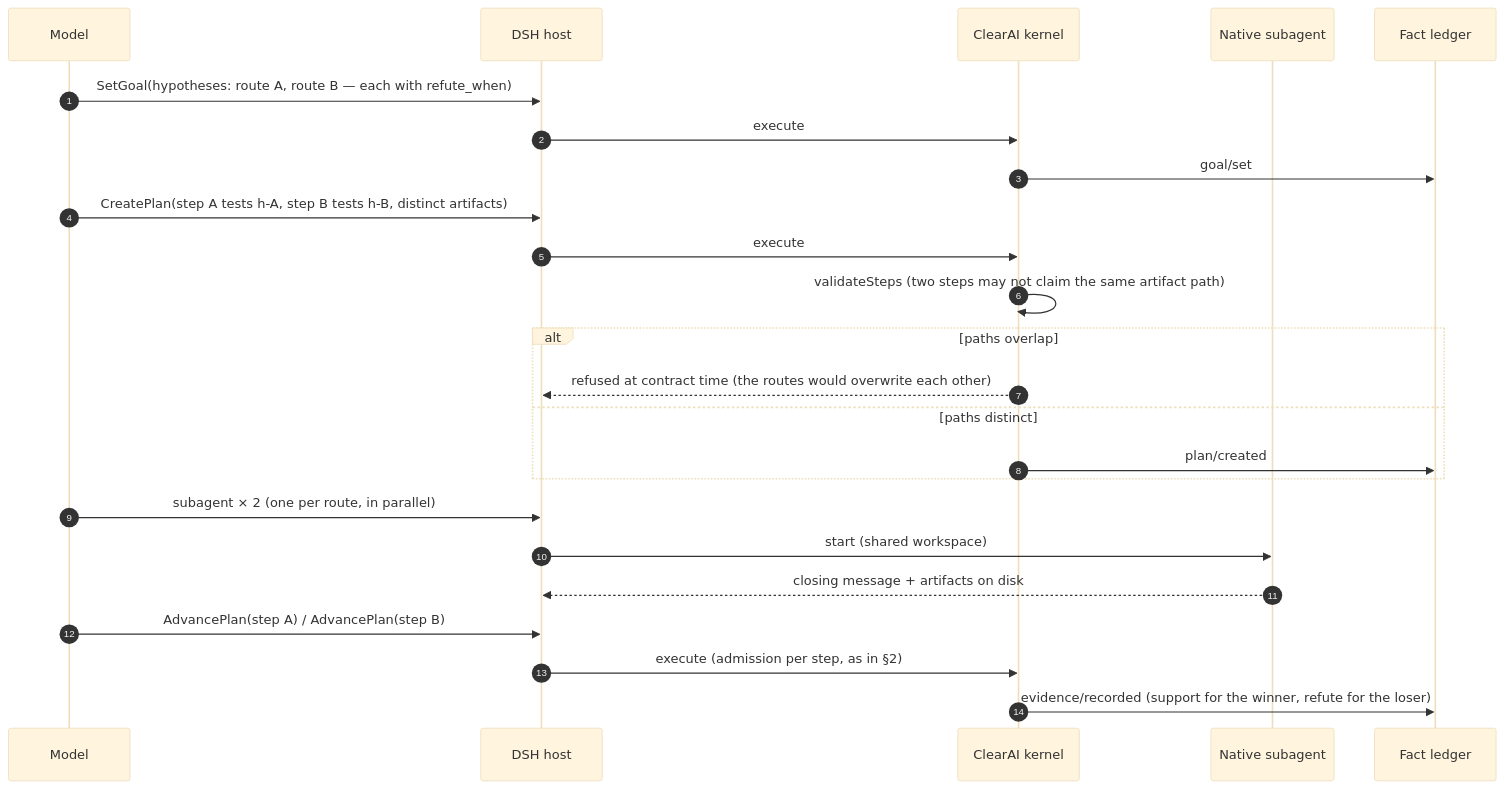
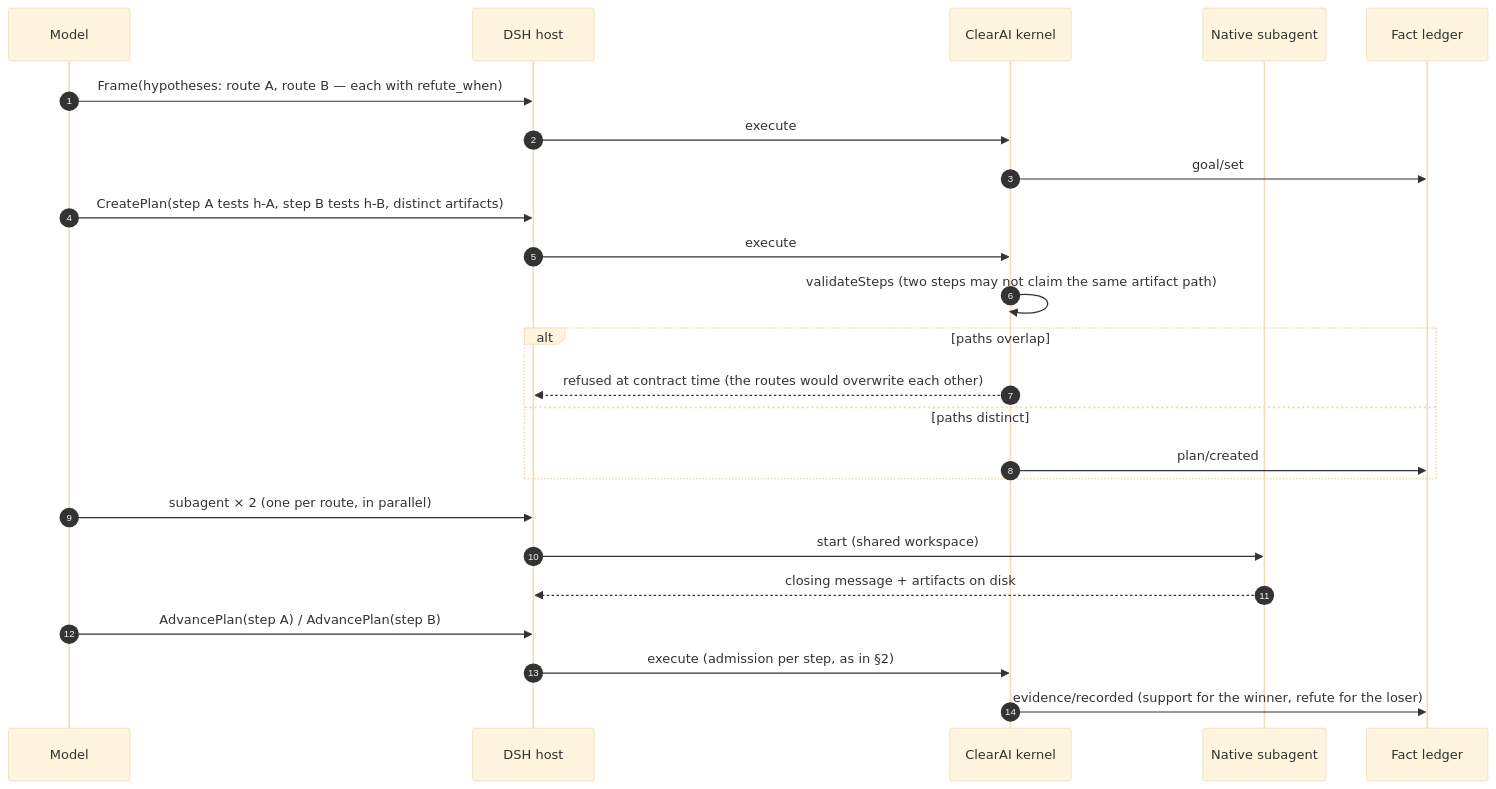
One commit to Clearailhc/clearai-dsh changed the fifth of 8 diagrams in docs/optimization/timing-diagrams.md. Above: the diagram before and after it, drawn with Mermaid (base theme). The commit also changed other lines of this file and 42 other files, not shown here.

````diff
--- a/docs/optimization/timing-diagrams.md
+++ b/docs/optimization/timing-diagrams.md
@@ -192,27 +188,27 @@
 ```mermaid
 sequenceDiagram
     autonumber
     participant M as Model
     participant D as DSH host
     participant K as ClearAI kernel
     participant S as Native subagent
     participant L as Fact ledger
 
-    M->>D: SetGoal(hypotheses: route A, route B — each with refute_when)
+    M->>D: Frame(hypotheses: route A, route B — each with refute_when)
     D->>K: execute
     K->>L: goal/set
     M->>D: CreatePlan(step A tests h-A, step B tests h-B, distinct artifacts)
     D->>K: execute
     K->>K: validateSteps (two steps may not claim the same artifact path)
     alt paths overlap
         K-->>D: refused at contract time (the routes would overwrite each other)
     else paths distinct
         K->>L: plan/created
     end
     M->>D: subagent × 2 (one per route, in parallel)
     D->>S: start (shared workspace)
     S-->>D: closing message + artifacts on disk
     M->>D: AdvancePlan(step A) / AdvancePlan(step B)
     D->>K: execute (admission per step, as in §2)
     K->>L: evidence/recorded (support for the winner, refute for the loser)
 ```
````
